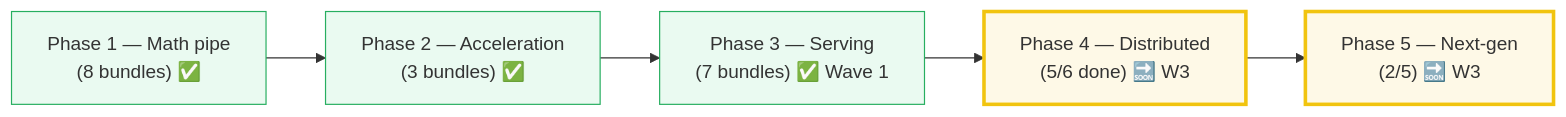
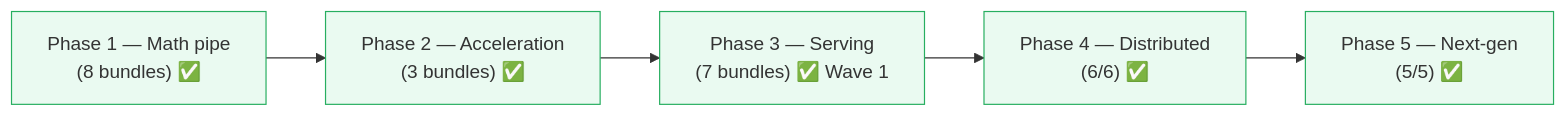
The second of 3 diagrams in llm/NEXT.md (quanhua92/tutorials), drawn with Mermaid before and after one commit. The commit also changed other lines of this file and 18 other files, not shown here.

First line of the commit message:
feat(llm): add Wave 3 next-gen bundles — curriculum complete (29/29)

````diff
--- a/llm/NEXT.md
+++ b/llm/NEXT.md
@@ -67,12 +63,12 @@
 ```mermaid
 graph LR
     P1["Phase 1 — Math pipe<br/>(8 bundles) ✅"] --> P2["Phase 2 — Acceleration<br/>(3 bundles) ✅"]
     P2 --> P3["Phase 3 — Serving<br/>(7 bundles) ✅ Wave 1"]
-    P3 --> P4["Phase 4 — Distributed<br/>(5/6 done) 🔜 W3"]
-    P4 --> P5["Phase 5 — Next-gen<br/>(2/5) 🔜 W3"]
+    P3 --> P4["Phase 4 — Distributed<br/>(6/6) ✅"]
+    P4 --> P5["Phase 5 — Next-gen<br/>(5/5) ✅"]
     style P1 fill:#eafaf1,stroke:#27ae60
     style P2 fill:#eafaf1,stroke:#27ae60
     style P3 fill:#eafaf1,stroke:#27ae60
-    style P4 fill:#fef9e7,stroke:#f1c40f,stroke-width:3px
-    style P5 fill:#fef9e7,stroke:#f1c40f,stroke-width:3px
+    style P4 fill:#eafaf1,stroke:#27ae60
+    style P5 fill:#eafaf1,stroke:#27ae60
 ```
````
